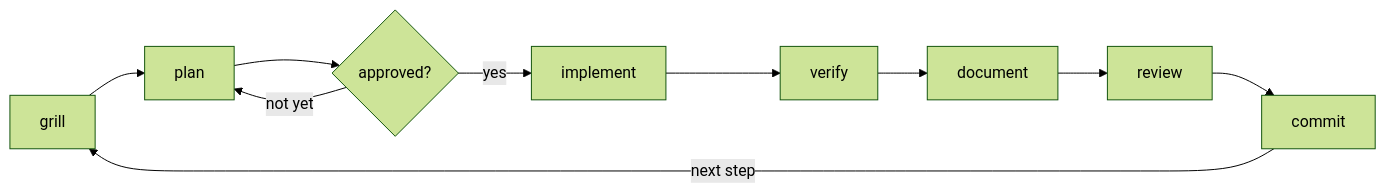
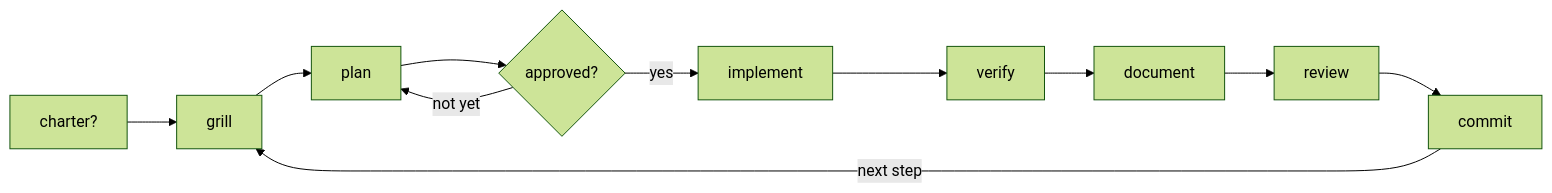
The second of 2 diagrams in README.md (jakubsuplicki/codument), drawn with Mermaid (forest theme) before and after one commit. The commit also changed other lines of this file and 16 other files, not shown here.

````diff
--- a/README.md
+++ b/README.md
@@ -121,7 +121,7 @@
 ```mermaid
 flowchart LR
-  G[grill] --> P[plan] --> A{approved?}
+  CH[charter?] --> G[grill] --> P[plan] --> A{approved?}
   A -->|yes| I[implement] --> V[verify] --> D[document] --> R[review] --> C[commit]
   C -->|next step| G
   A -->|not yet| P
 ```
````
